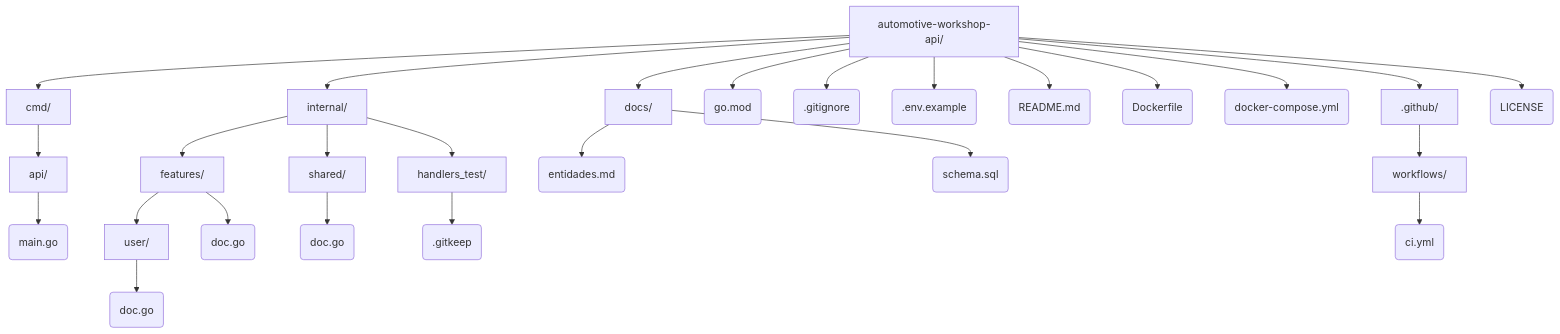
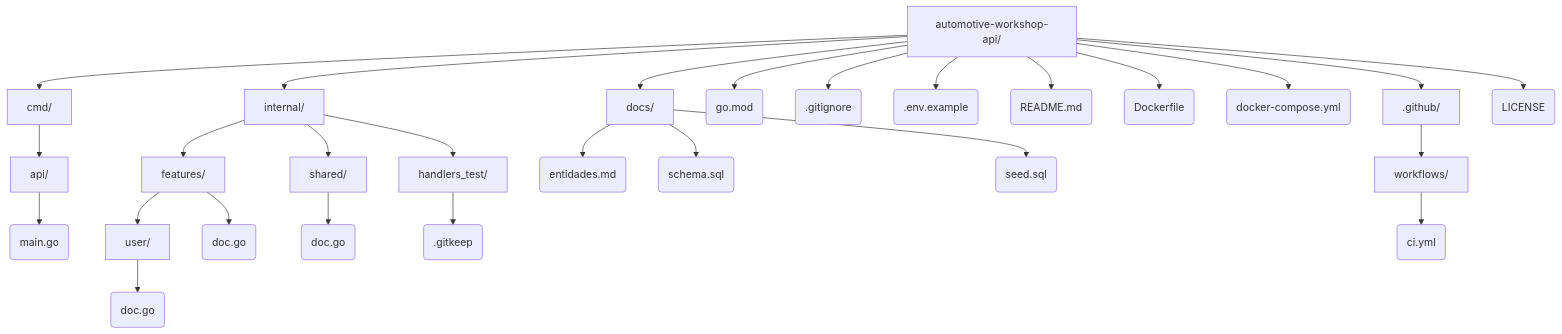
Before and after one commit to Os-Fiapudos/automotive-workshop-api: the diagram in README.md, drawn with Mermaid. The commit also changed other lines of this file, not shown here.

````diff
--- a/README.md
+++ b/README.md
@@ -39,54 +47,56 @@
 ```mermaid
 flowchart TD
   n0["automotive-workshop-api/"]
   n1["cmd/"]
   n0 --> n1
   n2["api/"]
   n1 --> n2
   n3("main.go")
   n2 --> n3
   n4["internal/"]
   n0 --> n4
   n5["features/"]
   n4 --> n5
   n6["user/"]
   n5 --> n6
   n7("doc.go")
   n6 --> n7
   n8("doc.go")
   n5 --> n8
   n9["shared/"]
   n4 --> n9
   n10("doc.go")
   n9 --> n10
   n11["handlers_test/"]
   n4 --> n11
   n12(".gitkeep")
   n11 --> n12
   n21["docs/"]
   n0 --> n21
   n22("entidades.md")
   n21 --> n22
   n23("schema.sql")
   n21 --> n23
+  n26("seed.sql")
+  n21 --> n26
   n13("go.mod")
   n0 --> n13
   n14(".gitignore")
   n0 --> n14
   n24(".env.example")
   n0 --> n24
   n15("README.md")
   n0 --> n15
   n16("Dockerfile")
   n0 --> n16
   n25("docker-compose.yml")
   n0 --> n25
   n17[".github/"]
   n0 --> n17
   n18["workflows/"]
   n17 --> n18
   n19("ci.yml")
   n18 --> n19
   n20("LICENSE")
   n0 --> n20
 ```
````
